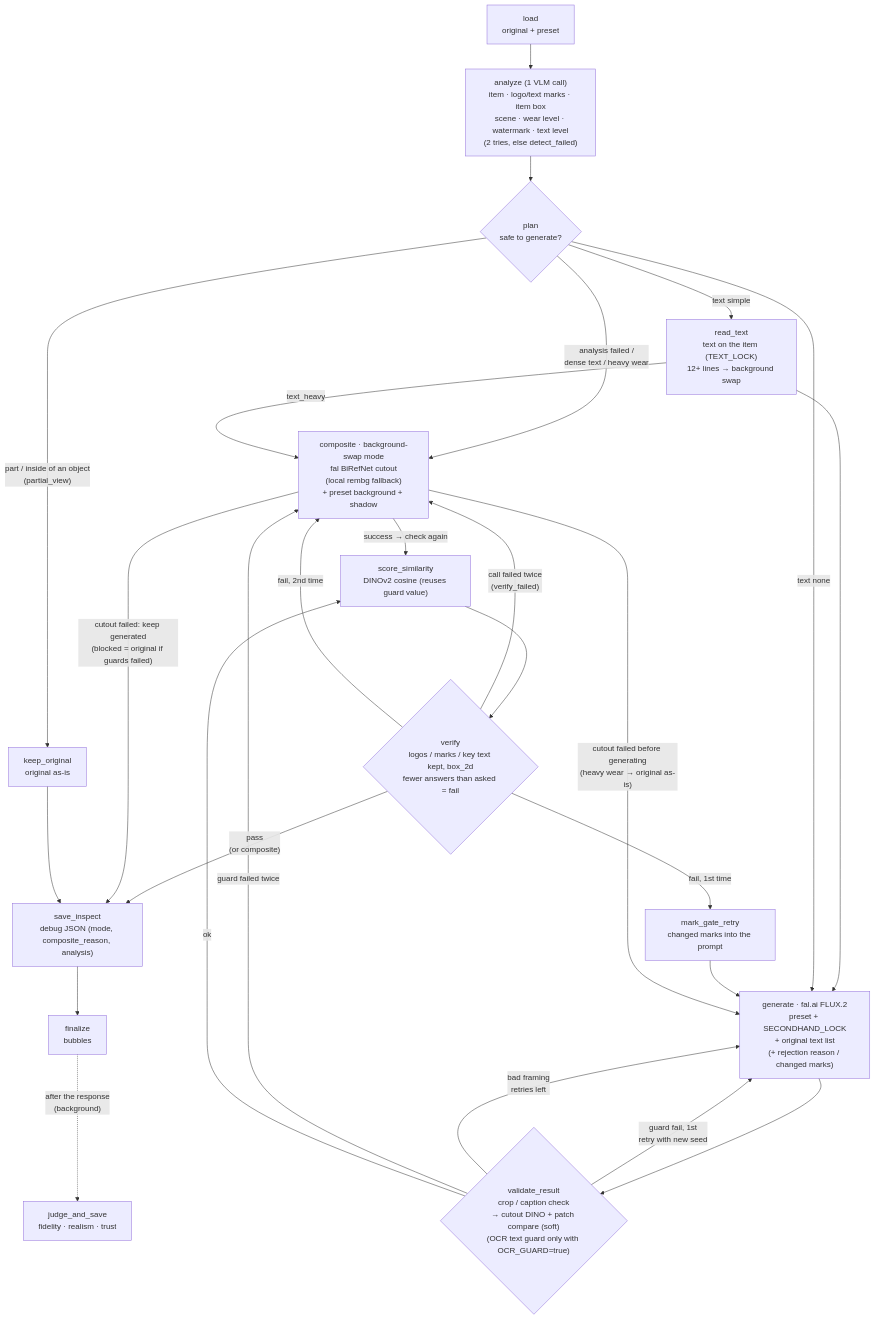
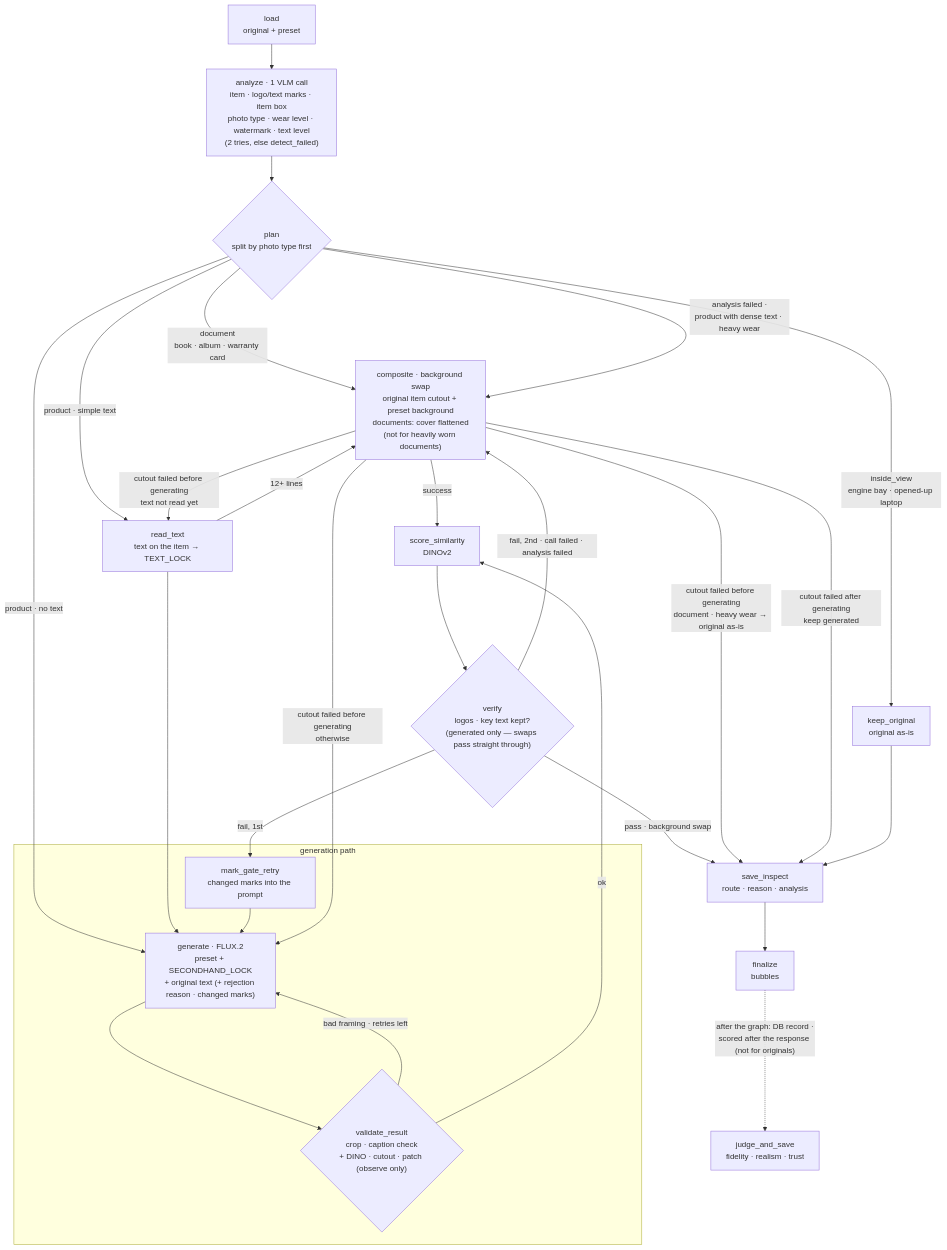
One commit to cha0620/Carret-App changed the diagram in Readme.md. Above: the diagram before and after it, drawn with Mermaid. The commit also changed other lines of this file and 31 other files, not shown here.

````diff
--- a/Readme.md
+++ b/Readme.md
@@ -33,28 +33,34 @@
 ```mermaid
 flowchart TD
-  L["load<br/>original + preset"] --> A["analyze (1 VLM call)<br/>item · logo/text marks · item box<br/>scene · wear level · watermark · text level<br/>(2 tries, else detect_failed)"]
-  A --> P{"plan<br/>safe to generate?"}
-  P -->|"part / inside of an object<br/>(partial_view)"| O["keep_original<br/>original as-is"]
-  P -->|"analysis failed /<br/>dense text / heavy wear"| X
-  P -->|"text simple"| T["read_text<br/>text on the item (TEXT_LOCK)<br/>12+ lines → background swap"]
+  L["load<br/>original + preset"] --> A["analyze · 1 VLM call<br/>item · logo/text marks · item box<br/>photo type · wear level · watermark · text level<br/>(2 tries, else detect_failed)"]
+  A --> P{"plan<br/>split by photo type first"}
+
+  P -->|"inside_view<br/>engine bay · opened-up laptop"| O["keep_original<br/>original as-is"]
+  P -->|"document<br/>book · album · warranty card"| X
+  P -->|"analysis failed ·<br/>product with dense text · heavy wear"| X
+  P -->|"product · simple text"| T["read_text<br/>text on the item → TEXT_LOCK"]
+  P -->|"product · no text"| G
+  T -->|"12+ lines"| X
   T --> G
-  T -->|text_heavy| X
-  P -->|"text none"| G["generate · fal.ai FLUX.2<br/>preset + SECONDHAND_LOCK<br/>+ original text list<br/>(+ rejection reason / changed marks)"]
-  G --> V{"validate_result<br/>crop / caption check<br/>→ cutout DINO + patch compare (soft)<br/>(OCR text guard only with OCR_GUARD=true)"}
-  V -->|"guard fail, 1st<br/>retry with new seed"| G
-  V -->|"bad framing<br/>retries left"| G
-  V -->|"guard failed twice"| X
-  V -->|ok| S["score_similarity<br/>DINOv2 cosine (reuses guard value)"]
-  S --> VR{"verify<br/>logos / marks / key text kept, box_2d<br/>fewer answers than asked = fail"}
-  VR -->|"pass<br/>(or composite)"| I
-  VR -->|"fail, 1st time"| R["mark_gate_retry<br/>changed marks into the prompt"]
-  R --> G
-  VR -->|"call failed twice<br/>(verify_failed)"| X
-  VR -->|"fail, 2nd time"| X["composite · background-swap mode<br/>fal BiRefNet cutout<br/>(local rembg fallback)<br/>+ preset background + shadow"]
-  X -->|"success → check again"| S
-  X -->|"cutout failed before generating<br/>(heavy wear → original as-is)"| G
-  X -->|"cutout failed: keep generated<br/>(blocked = original if guards failed)"| I
+
+  subgraph GEN["generation path"]
+    G["generate · FLUX.2<br/>preset + SECONDHAND_LOCK<br/>+ original text (+ rejection reason · changed marks)"] --> V{"validate_result<br/>crop · caption check<br/>+ DINO · cutout · patch (observe only)"}
+    V -->|"bad framing · retries left"| G
+    R["mark_gate_retry<br/>changed marks into the prompt"] --> G
+  end
+
+  V -->|ok| S["score_similarity<br/>DINOv2"]
+  S --> VR{"verify<br/>logos · key text kept?<br/>(generated only — swaps pass straight through)"}
+  VR -->|"fail, 1st"| R
+  VR -->|"fail, 2nd · call failed · analysis failed"| X["composite · background swap<br/>original item cutout + preset background<br/>documents: cover flattened<br/>(not for heavily worn documents)"]
+  VR -->|"pass · background swap"| I
+  X -->|success| S
+  X -->|"cutout failed before generating<br/>document · heavy wear → original as-is"| I
+  X -->|"cutout failed before generating<br/>text not read yet"| T
+  X -->|"cutout failed before generating<br/>otherwise"| G
+  X -->|"cutout failed after generating<br/>keep generated"| I
   O --> I
-  I["save_inspect<br/>debug JSON (mode, composite_reason, analysis)"] --> F["finalize<br/>bubbles"]
-  F -.->|"after the response<br/>(background)"| J["judge_and_save<br/>fidelity · realism · trust"]
+
+  I["save_inspect<br/>route · reason · analysis"] --> F["finalize<br/>bubbles"]
+  F -.->|"after the graph: DB record ·<br/>scored after the response (not for originals)"| J["judge_and_save<br/>fidelity · realism · trust"]
 ```
````
